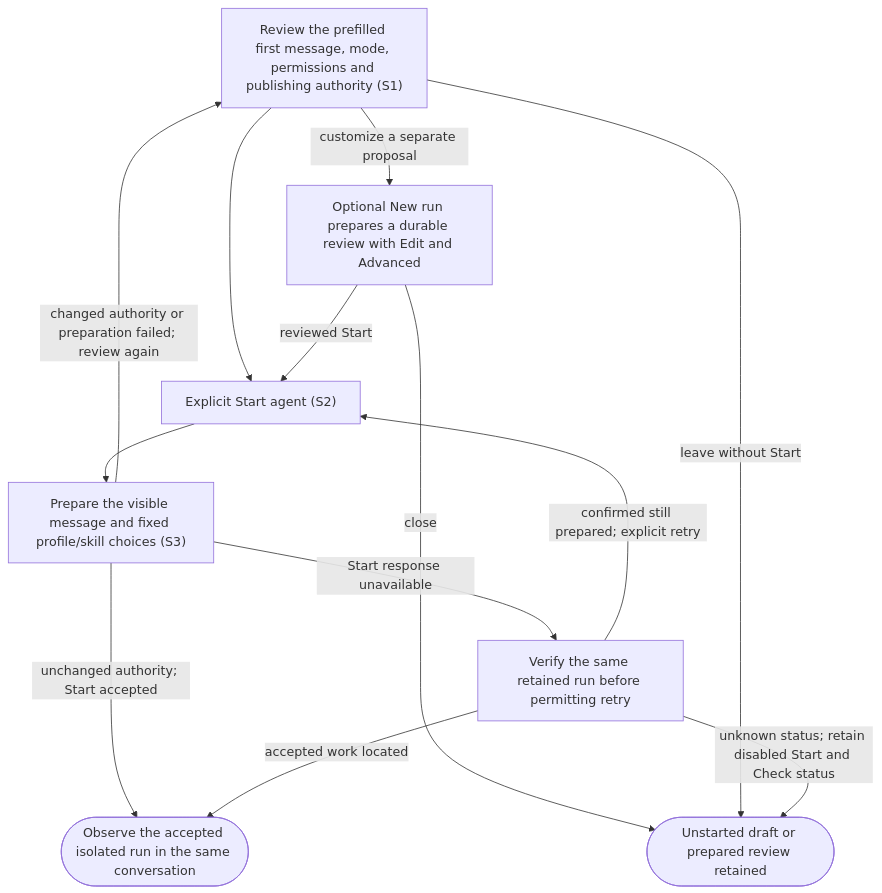
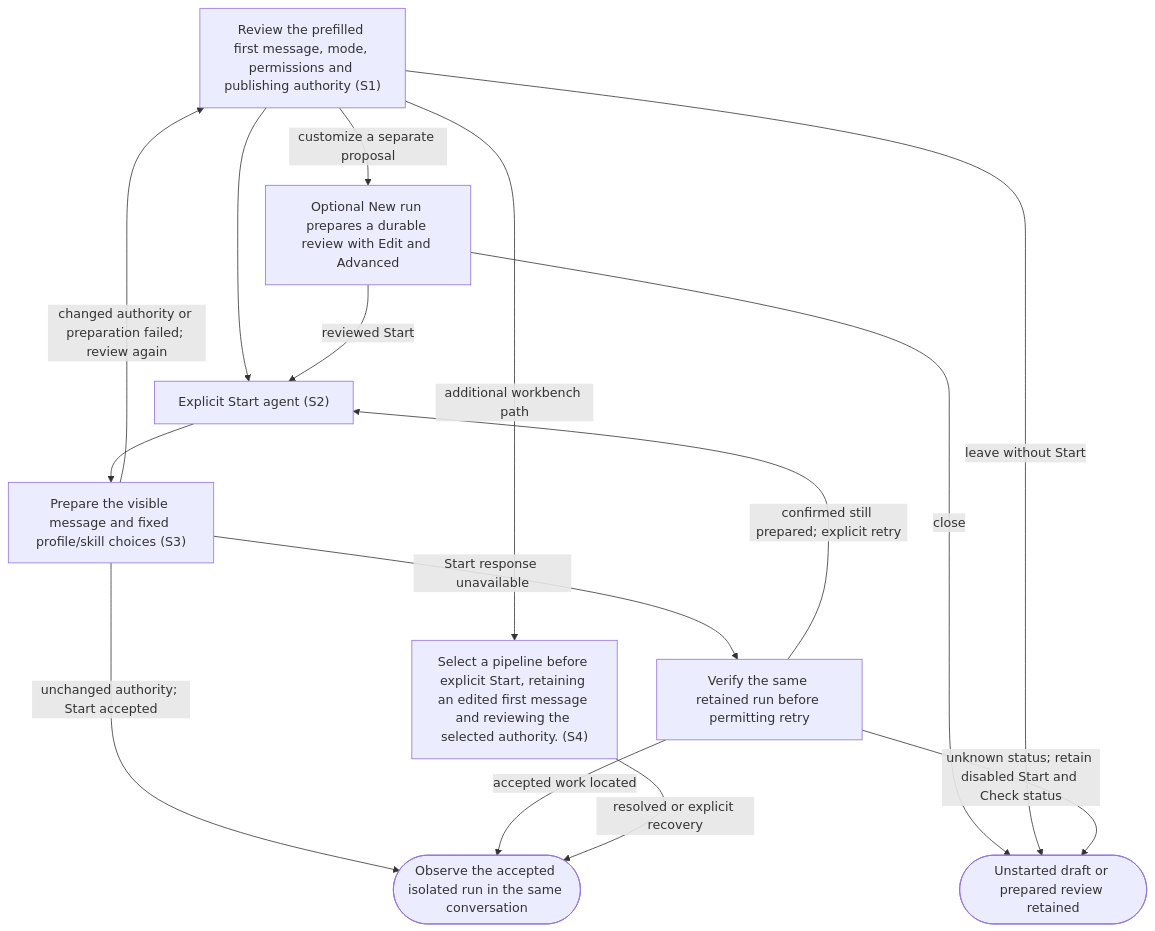
The diagram in docs/user-flows/launch-agent.md (dk-code-factory/code-factory-plugin), drawn with Mermaid before and after one commit. The commit also changed other lines of this file and 64 other files, not shown here.

````diff
--- a/docs/user-flows/launch-agent.md
+++ b/docs/user-flows/launch-agent.md
@@ -36,22 +38,25 @@
 ```mermaid
 flowchart TD
     N0["Review the prefilled first message, mode, permissions and publishing authority #40;S1#41;"]
     N1["Explicit Start agent #40;S2#41;"]
     N2["Prepare the visible message and fixed profile/skill choices #40;S3#41;"]
     N3(["Observe the accepted isolated run in the same conversation"])
     N4["Verify the same retained run before permitting retry"]
     N5["Optional New run prepares a durable review with Edit and Advanced"]
     N6(["Unstarted draft or prepared review retained"])
+    N7["Select a pipeline before explicit Start, retaining an edited first message and reviewing the selected authority. #40;S4#41;"]
     N0 --> N1
     N0 -->|"customize a separate proposal"| N5
     N5 -->|"reviewed Start"| N1
     N5 -->|"close"| N6
     N0 -->|"leave without Start"| N6
     N1 --> N2
     N2 -->|"unchanged authority#59; Start accepted"| N3
     N2 -->|"changed authority or preparation failed#59; review again"| N0
     N2 -->|"Start response unavailable"| N4
     N4 -->|"accepted work located"| N3
     N4 -->|"confirmed still prepared#59; explicit retry"| N1
     N4 -->|"unknown status#59; retain disabled Start and Check status"| N6
+    N0 -->|"additional workbench path"| N7
+    N7 -->|"resolved or explicit recovery"| N3
 ```
````
